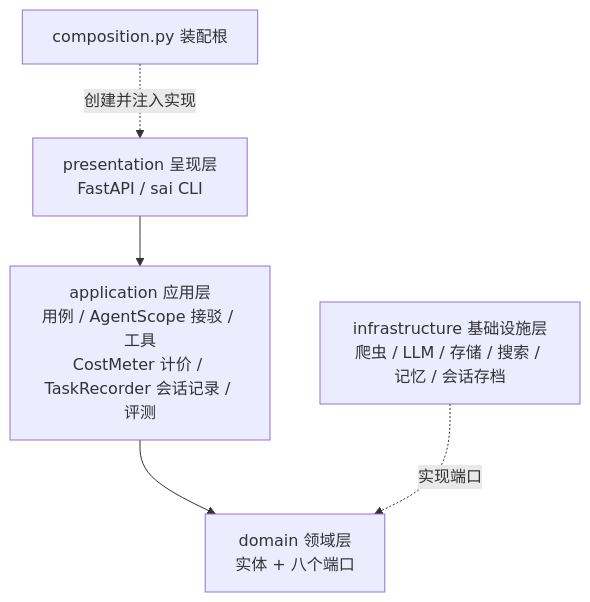
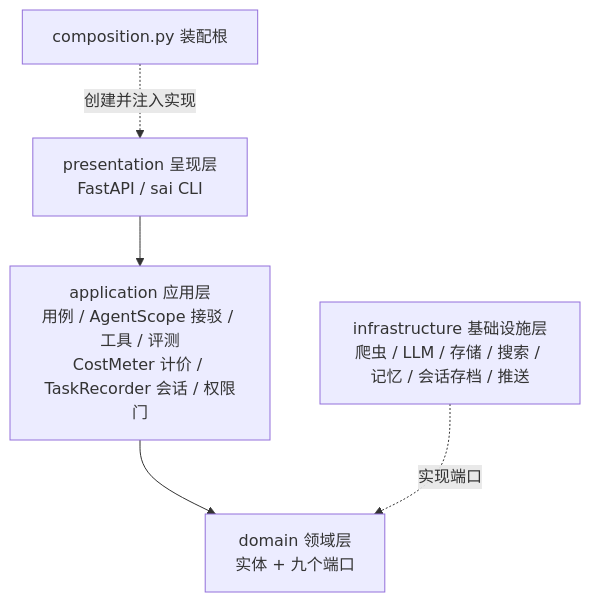
Before and after one commit to Baicaicn23/contest-agent: the first of 2 diagrams in README.md, drawn with Mermaid. The commit also changed other lines of this file and 2 other files, not shown here.

````diff
--- a/README.md
+++ b/README.md
@@ -103,7 +108,7 @@
 ```mermaid
 flowchart TD
-    P[presentation 呈现层<br/>FastAPI / sai CLI] --> A[application 应用层<br/>用例 / AgentScope 接驳 / 工具<br/>CostMeter 计价 / TaskRecorder 会话记录 / 评测]
-    A --> D[domain 领域层<br/>实体 + 八个端口]
-    I[infrastructure 基础设施层<br/>爬虫 / LLM / 存储 / 搜索 / 记忆 / 会话存档] -. 实现端口 .-> D
+    P[presentation 呈现层<br/>FastAPI / sai CLI] --> A[application 应用层<br/>用例 / AgentScope 接驳 / 工具 / 评测<br/>CostMeter 计价 / TaskRecorder 会话 / 权限门]
+    A --> D[domain 领域层<br/>实体 + 九个端口]
+    I[infrastructure 基础设施层<br/>爬虫 / LLM / 存储 / 搜索 / 记忆 / 会话存档 / 推送] -. 实现端口 .-> D
     C[composition.py 装配根] -. 创建并注入实现 .-> P
 ```
````
